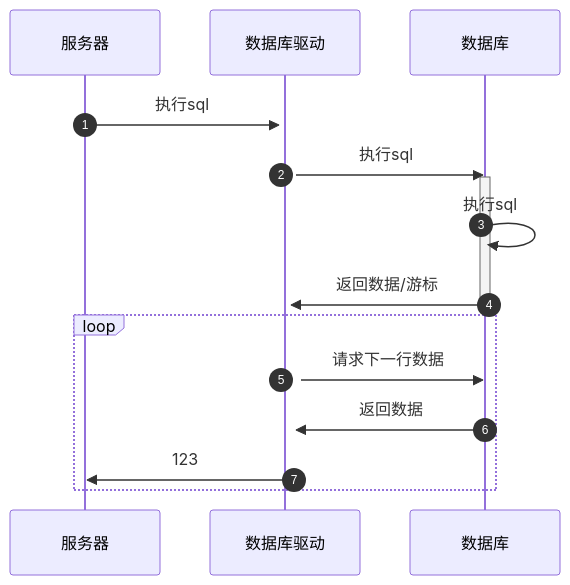
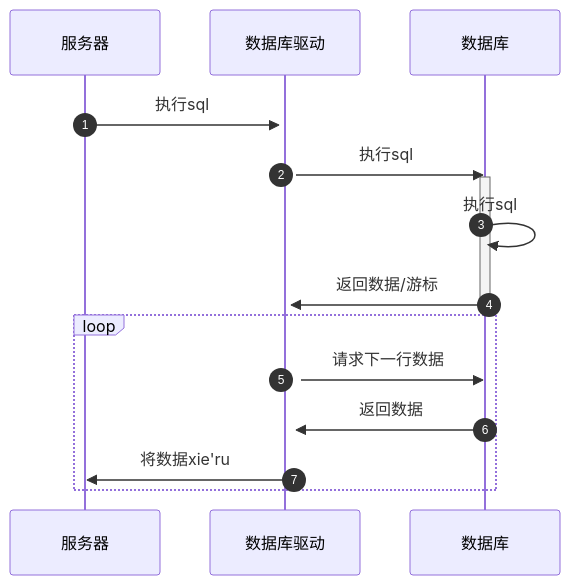
Before and after one commit to HY-10-8/iodraw-files: the diagram in all/AI-服务查询数据.md, drawn with Mermaid.

Commit message:
2025-11-27 17:44:30 update

````diff
--- a/all/AI-服务查询数据.md
+++ b/all/AI-服务查询数据.md
@@ -1,17 +1,17 @@
 ```mermaid
 sequenceDiagram
     autonumber
     服务器->>+数据库驱动: 执行sql
     数据库驱动->>数据库:执行sql
 
     activate 数据库
     数据库->>数据库: 执行sql
     数据库->>+数据库驱动: 返回数据/游标
     deactivate 数据库
 
     loop 
         数据库驱动->>数据库: 请求下一行数据
         数据库->>数据库驱动: 返回数据
-        数据库驱动->>服务器: 123
+        数据库驱动->>服务器: 将数据xie'ru
     end
 ```
````
